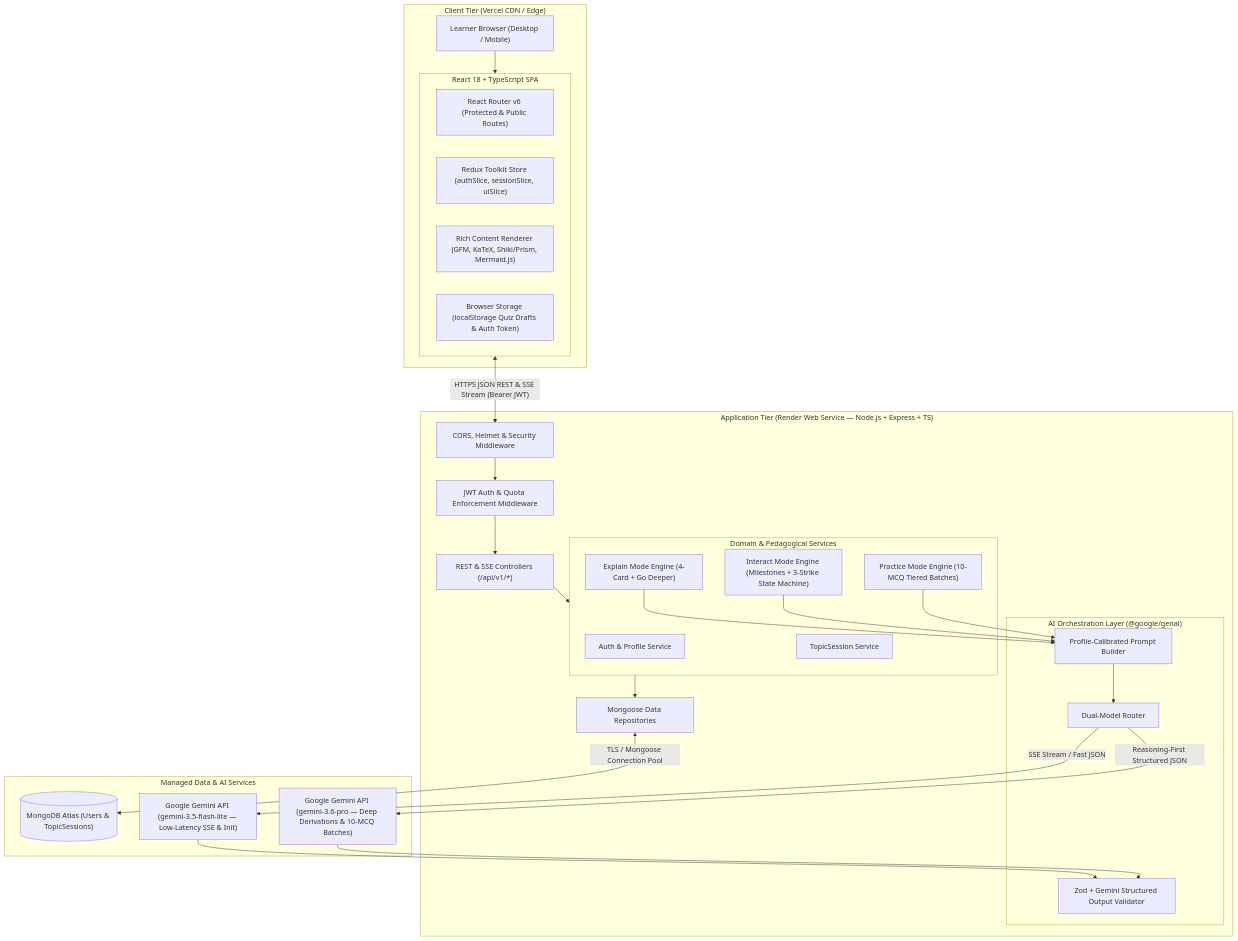
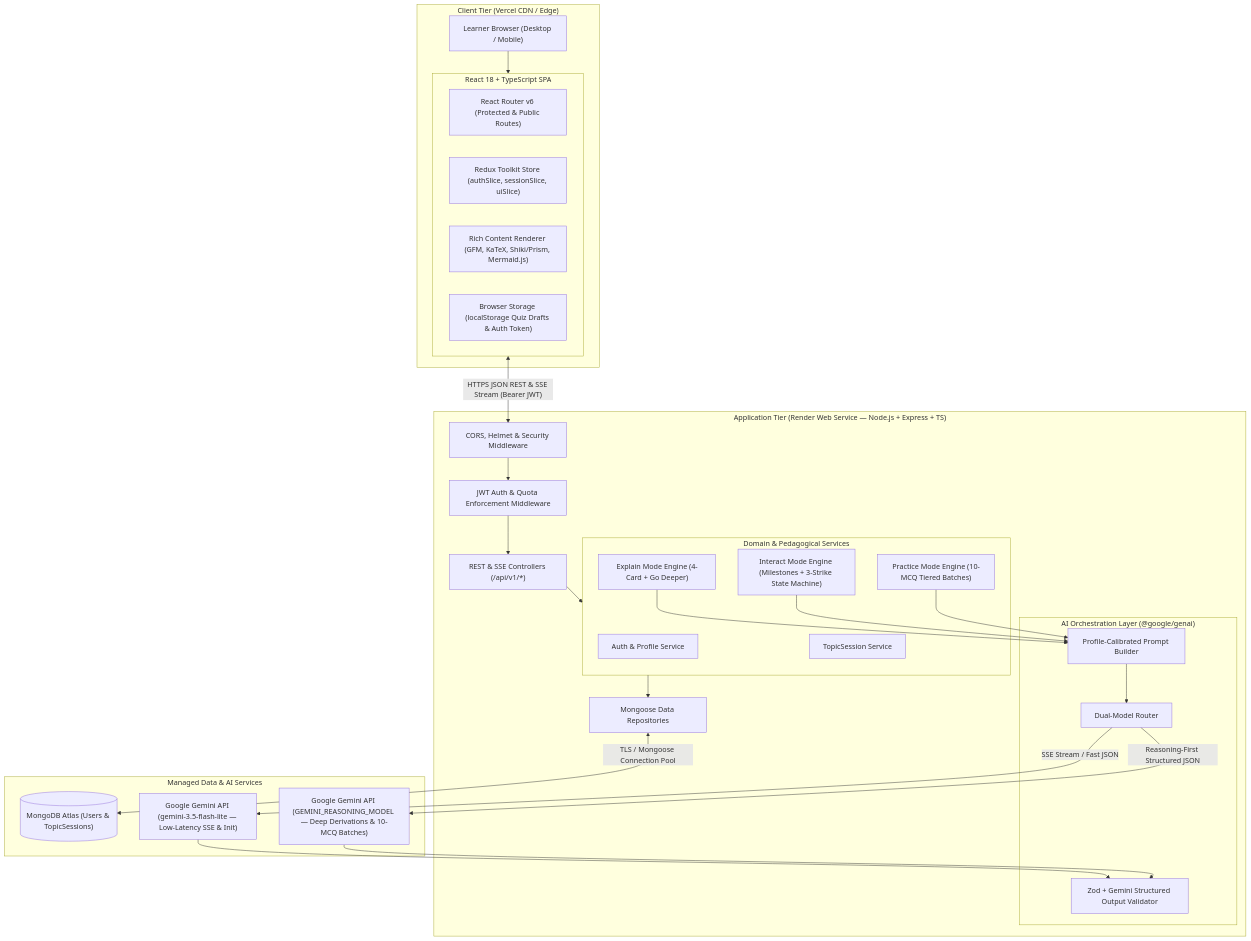
Before and after one commit to rwtchandrpal/mentora: the first of 3 diagrams in docs/architecture.md, drawn with Mermaid. The commit also changed other lines of this file and 68 other files, not shown here.

````diff
--- a/docs/architecture.md
+++ b/docs/architecture.md
@@ -24,52 +24,52 @@
 ```mermaid
 flowchart TB
     subgraph ClientTier["Client Tier (Vercel CDN / Edge)"]
         Browser["Learner Browser (Desktop / Mobile)"]
         subgraph ReactSPA["React 18 + TypeScript SPA"]
             Router["React Router v6 (Protected & Public Routes)"]
             Redux["Redux Toolkit Store (authSlice, sessionSlice, uiSlice)"]
             RichRenderer["Rich Content Renderer (GFM, KaTeX, Shiki/Prism, Mermaid.js)"]
             LocalStore["Browser Storage (localStorage Quiz Drafts & Auth Token)"]
         end
     end
 
     subgraph ServerTier["Application Tier (Render Web Service — Node.js + Express + TS)"]
         CORS["CORS, Helmet & Security Middleware"]
         AuthMW["JWT Auth & Quota Enforcement Middleware"]
         Controllers["REST & SSE Controllers (/api/v1/*)"]
         
         subgraph CoreServices["Domain & Pedagogical Services"]
             AuthSvc["Auth & Profile Service"]
             SessionSvc["TopicSession Service"]
             ExplainEngine["Explain Mode Engine (4-Card + Go Deeper)"]
             InteractEngine["Interact Mode Engine (Milestones + 3-Strike State Machine)"]
             PracticeEngine["Practice Mode Engine (10-MCQ Tiered Batches)"]
         end
         
         subgraph AIProvider["AI Orchestration Layer (@google/genai)"]
             PromptBuilder["Profile-Calibrated Prompt Builder"]
             SchemaValidator["Zod + Gemini Structured Output Validator"]
             ModelRouter["Dual-Model Router"]
         end
 
         Repos["Mongoose Data Repositories"]
     end
 
     subgraph ExternalTier["Managed Data & AI Services"]
         MongoAtlas[("MongoDB Atlas (Users & TopicSessions)")]
         GeminiFast["Google Gemini API (gemini-3.5-flash-lite — Low-Latency SSE & Init)"]
-        GeminiPro["Google Gemini API (gemini-3.6-pro — Deep Derivations & 10-MCQ Batches)"]
+        GeminiPro["Google Gemini API (GEMINI_REASONING_MODEL — Deep Derivations & 10-MCQ Batches)"]
     end
 
     Browser --> ReactSPA
     ReactSPA <-->|"HTTPS JSON REST & SSE Stream (Bearer JWT)"| CORS
     CORS --> AuthMW --> Controllers
     Controllers --> CoreServices
     ExplainEngine & InteractEngine & PracticeEngine --> PromptBuilder
     PromptBuilder --> ModelRouter
     ModelRouter -->|"SSE Stream / Fast JSON"| GeminiFast
     ModelRouter -->|"Reasoning-First Structured JSON"| GeminiPro
     GeminiFast & GeminiPro --> SchemaValidator
     CoreServices --> Repos
     Repos <-->|"TLS / Mongoose Connection Pool"| MongoAtlas
 ```
````
